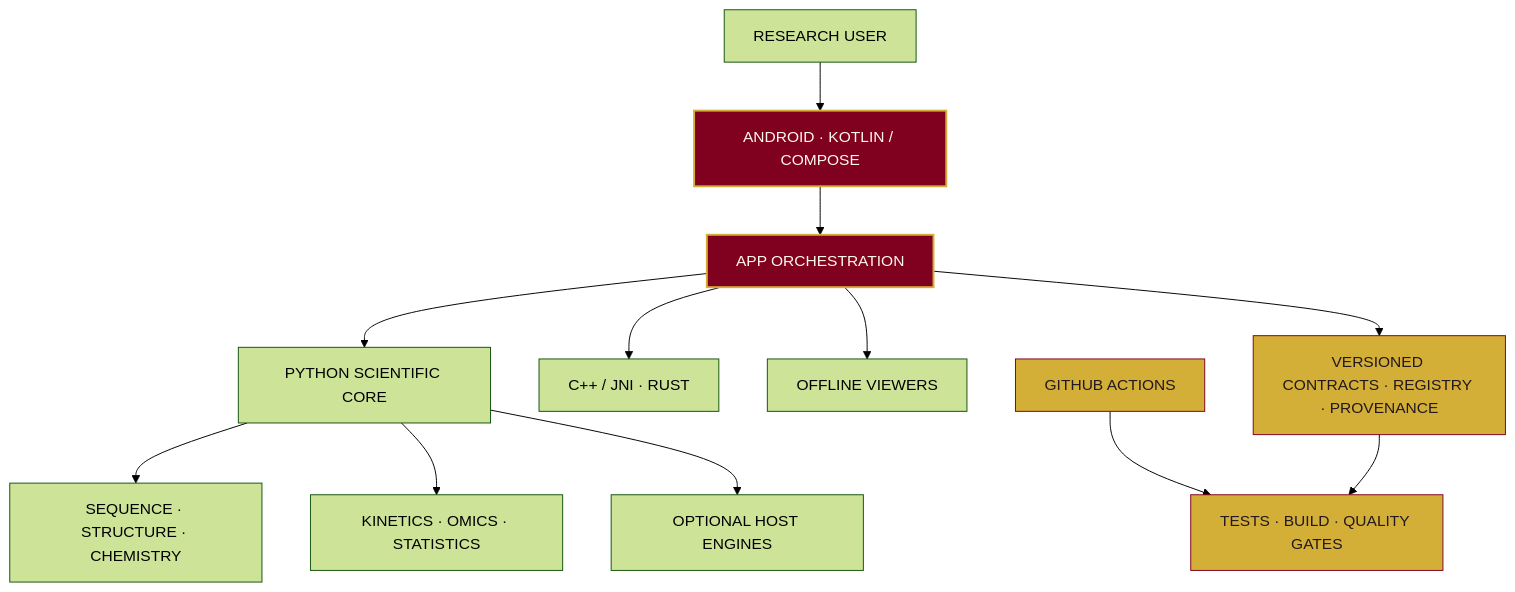
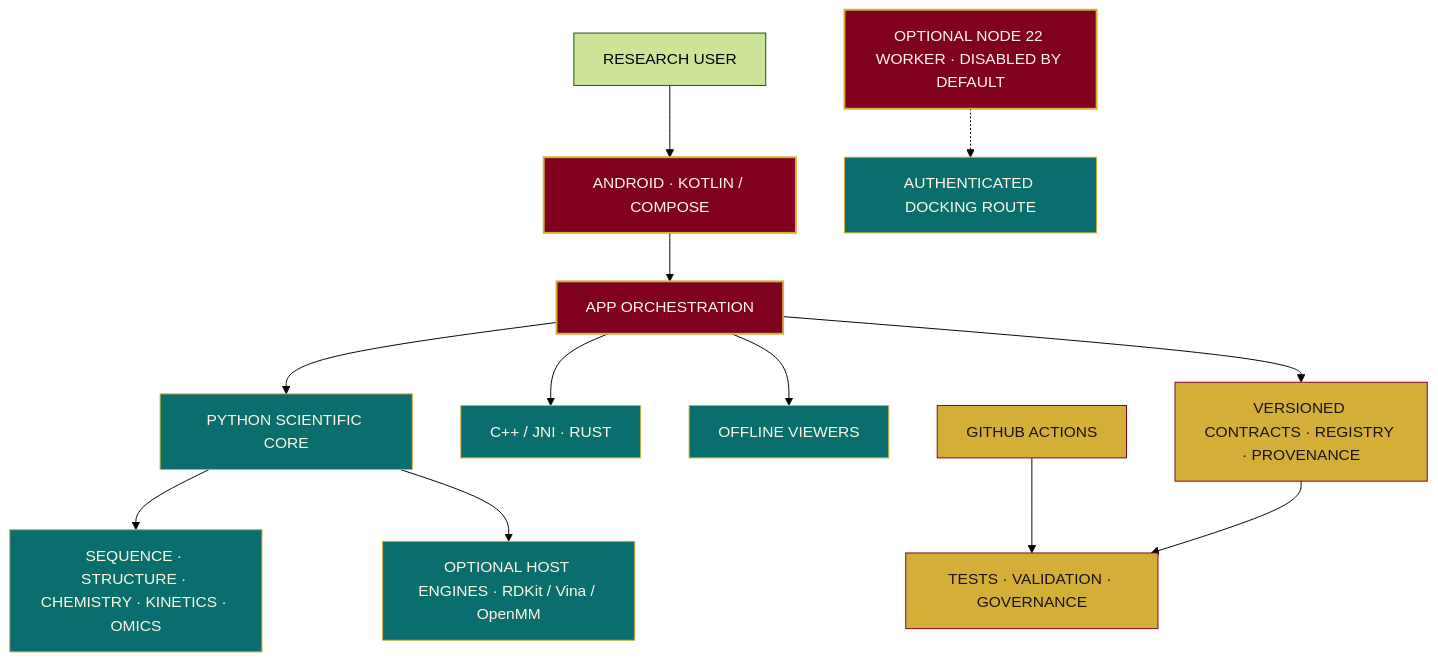
Before and after one commit to AssayFlux/Kinetics: the diagram in README.md, drawn with Mermaid (forest theme). The commit also changed other lines of this file, not shown here.

````diff
--- a/README.md
+++ b/README.md
@@ -100,18 +188,20 @@
 ```mermaid
 flowchart TD
-    USER["RESEARCH USER"] --> APP["ANDROID · KOTLIN / COMPOSE"]
-    APP --> CORE["APP ORCHESTRATION"]
-    CORE --> PY["PYTHON SCIENTIFIC CORE"]
-    CORE --> NAT["C++ / JNI · RUST"]
-    CORE --> WEB["OFFLINE VIEWERS"]
-    PY --> DOM["SEQUENCE · STRUCTURE · CHEMISTRY"]
-    PY --> KIN["KINETICS · OMICS · STATISTICS"]
-    PY --> OPT["OPTIONAL HOST ENGINES"]
-    CORE --> CONTRACT["VERSIONED CONTRACTS · REGISTRY · PROVENANCE"]
-    CI["GITHUB ACTIONS"] --> QA["TESTS · BUILD · QUALITY GATES"]
-    CONTRACT --> QA
+    USER["RESEARCH USER"] --> ANDROID["ANDROID · KOTLIN / COMPOSE"]
+    ANDROID --> APP["APP ORCHESTRATION"]
+    APP --> PY["PYTHON SCIENTIFIC CORE"]
+    APP --> NATIVE["C++ / JNI · RUST"]
+    APP --> VIEW["OFFLINE VIEWERS"]
+    APP --> CONTRACTS["VERSIONED CONTRACTS · REGISTRY · PROVENANCE"]
+    PY --> SCI["SEQUENCE · STRUCTURE · CHEMISTRY · KINETICS · OMICS"]
+    PY --> OPTIONAL["OPTIONAL HOST ENGINES · RDKit / Vina / OpenMM"]
+    NODE["OPTIONAL NODE 22 WORKER · DISABLED BY DEFAULT"] -.-> VINA["AUTHENTICATED DOCKING ROUTE"]
+    CI["GITHUB ACTIONS"] --> CHECKS["TESTS · VALIDATION · GOVERNANCE"]
+    CONTRACTS --> CHECKS
     classDef royal fill:#800020,color:#FFF8E7,stroke:#D4AF37,stroke-width:2px;
-    classDef gold fill:#D4AF37,color:#211820,stroke:#800020,stroke-width:1px;
-    class APP,CORE royal;
-    class CONTRACT,CI,QA gold;
+    classDef gold fill:#D4AF37,color:#1A1210,stroke:#800020,stroke-width:1px;
+    classDef teal fill:#0B6E6E,color:#FFF8E7,stroke:#D4AF37,stroke-width:1px;
+    class ANDROID,APP,NODE royal;
+    class CONTRACTS,CHECKS,CI gold;
+    class PY,NATIVE,VIEW,SCI,OPTIONAL,VINA teal;
 ```
````
